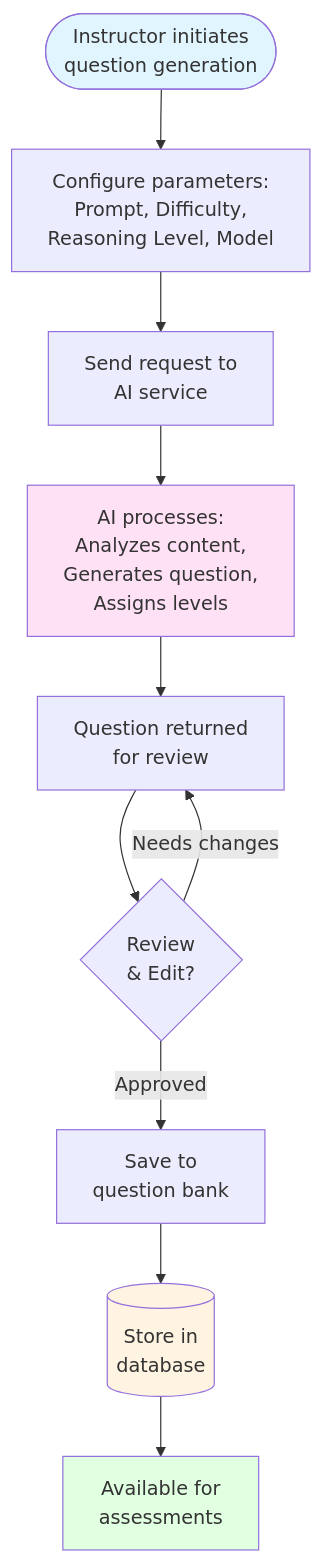
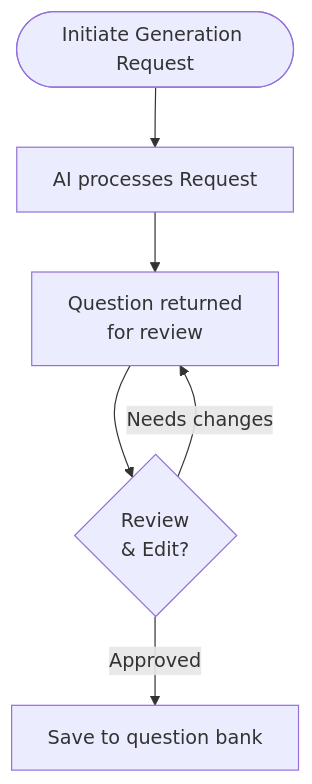
One commit to EduAI-Lab/Question-Maker changed the diagram in docs/diagrams/question-generation-diagram.md. Above: the diagram before and after it, drawn with Mermaid.

````diff
--- a/docs/diagrams/question-generation-diagram.md
+++ b/docs/diagrams/question-generation-diagram.md
@@ -1,24 +1,14 @@
 ```mermaid
 flowchart TB
-    Start([Instructor initiates<br/>question generation]) --> Configure[Configure parameters:<br/>Prompt, Difficulty,<br/>Reasoning Level, Model]
+    Start([Initiate Generation Request]) --> 
     
-    Configure --> Generate[Send request to<br/>AI service]
-    
-    Generate --> AIProcessing[AI processes:<br/>Analyzes content,<br/>Generates question,<br/>Assigns levels]
+    AIProcessing[AI processes Request]
     
     AIProcessing --> Review[Question returned<br/>for review]
     
     Review --> Edit{Review<br/>& Edit?}
     
     Edit -->|Needs changes| Review
-    Edit -->|Approved| Save[Save to<br/>question bank]
-    
-    Save --> Store[(Store in<br/>database)]
-    
-    Store --> Available[Available for<br/>assessments]
-    
-    style Start fill:#e1f5ff
-    style Store fill:#fff4e1
-    style AIProcessing fill:#ffe1f5
-    style Available fill:#e1ffe1
+    Edit -->|Approved| Save[Save to question bank]
+
 ```
````
